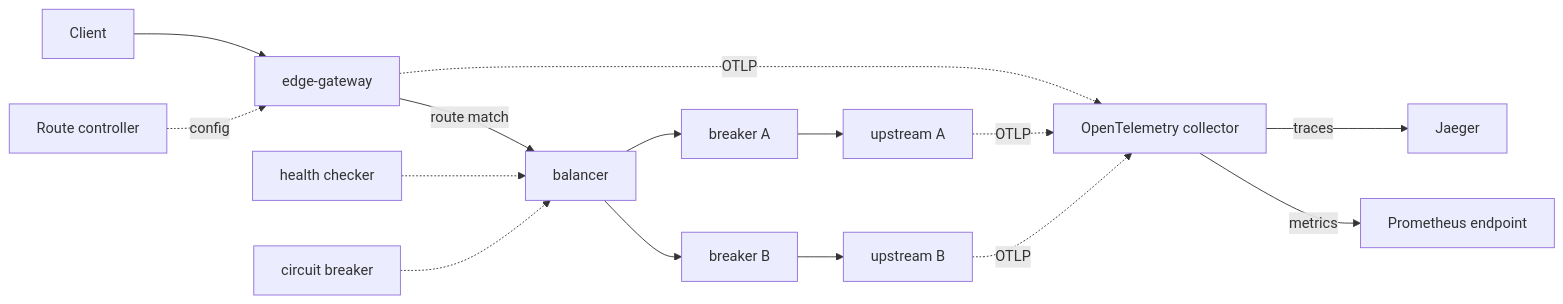
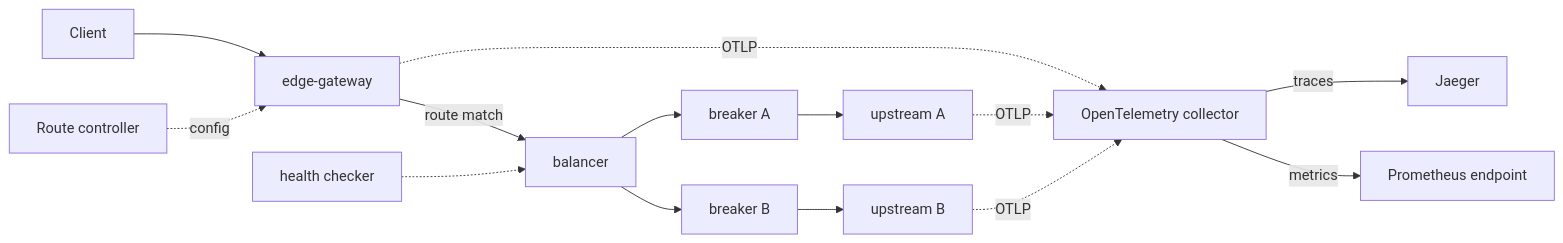
The diagram in README.md (skhurram/gateway), drawn with Mermaid before and after one commit. The commit also changed other lines of this file, not shown here.

````diff
--- a/README.md
+++ b/README.md
@@ -26,17 +27,16 @@
 ```mermaid
 flowchart LR
     Client --> GW[edge-gateway]
     GW -->|route match| LB[balancer]
     LB --> CB1[breaker A]
     LB --> CB2[breaker B]
     CB1 --> U1[upstream A]
     CB2 --> U2[upstream B]
     HC[health checker] -.-> LB
-    CB[circuit breaker] -.-> LB
     CTRL[Route controller] -.->|config| GW
     GW -.->|OTLP| OTEL[OpenTelemetry collector]
     U1 -.->|OTLP| OTEL
     U2 -.->|OTLP| OTEL
     OTEL -->|traces| J[Jaeger]
     OTEL -->|metrics| P[Prometheus endpoint]
 ```
````
